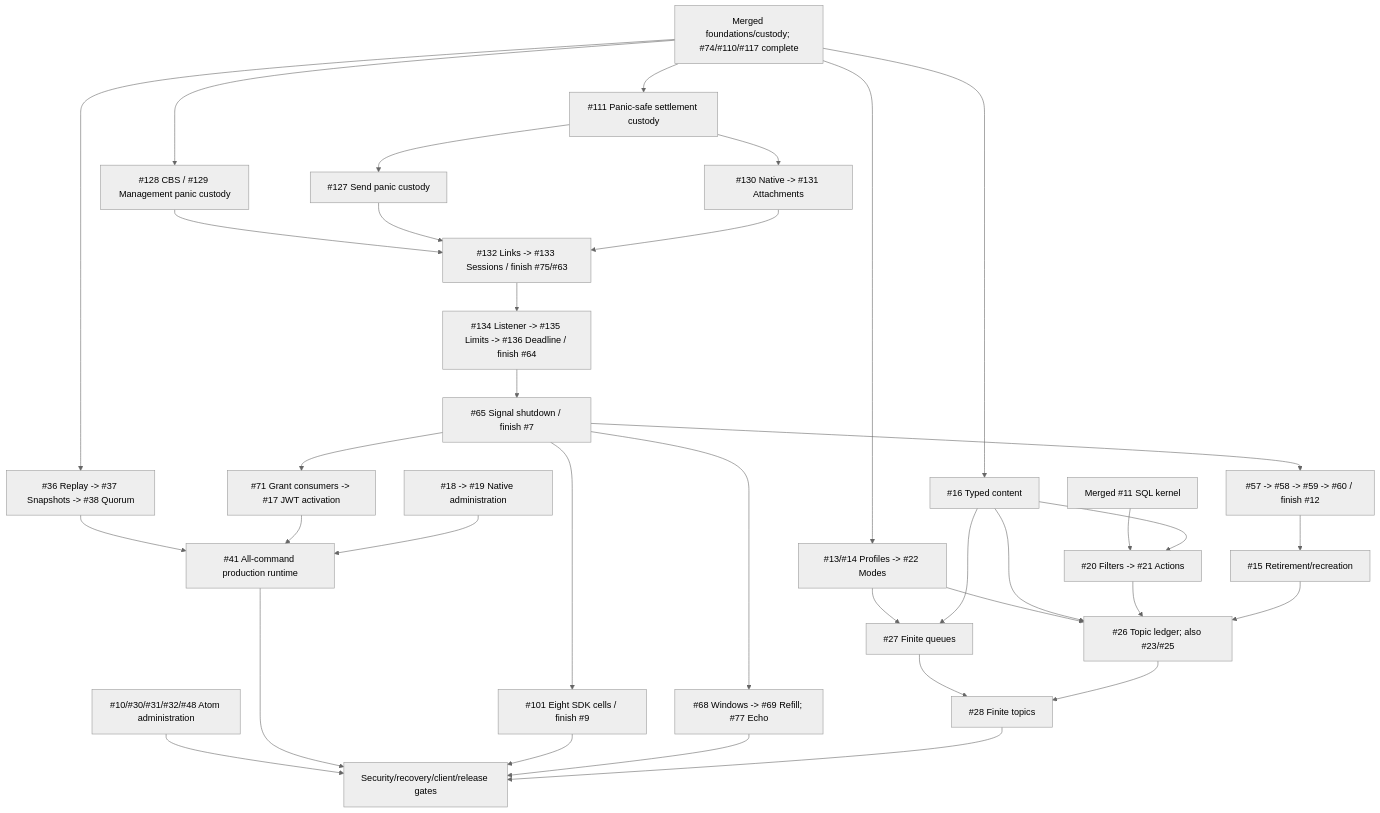
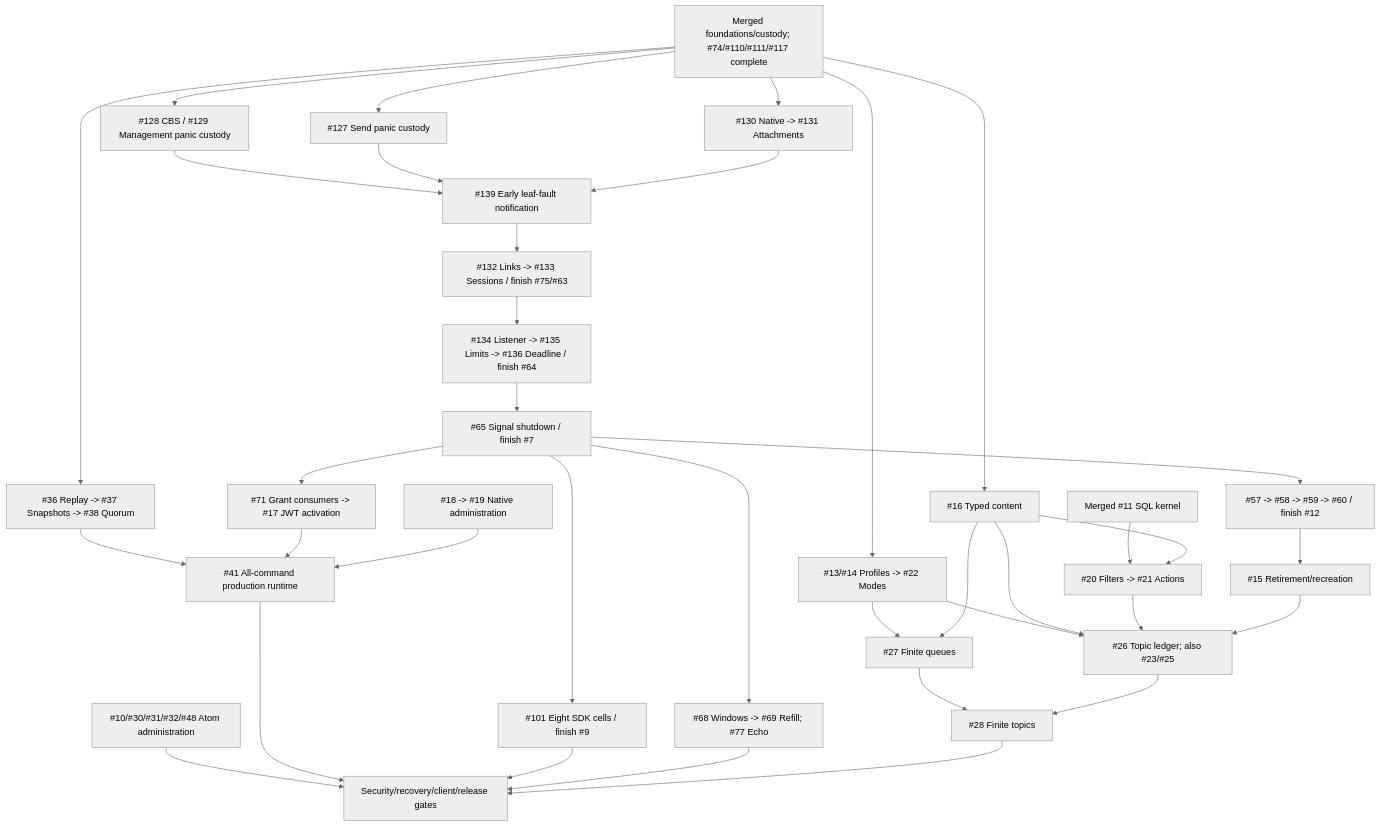
One commit to DeandreT/switchyard changed the diagram in docs/roadmap.md. Above: the diagram before and after it, drawn with Mermaid (neutral theme). The commit also changed other lines of this file and 11 other files, not shown here.

````diff
--- a/docs/roadmap.md
+++ b/docs/roadmap.md
@@ -73,38 +75,38 @@
 ```mermaid
 flowchart TD
-    Main["Merged foundations/custody; #74/#110/#117 complete"] --> Panic["#111 Panic-safe settlement custody"]
+    Main["Merged foundations/custody; #74/#110/#111/#117 complete"] --> Send["#127 Send panic custody"]
     Main --> Leaves["#128 CBS / #129 Management panic custody"]
-    Panic --> Send["#127 Send panic custody"]
-    Panic --> Native["#130 Native -> #131 Attachments"]
-    Leaves --> Trees["#132 Links -> #133 Sessions / finish #75/#63"]
-    Send --> Trees
-    Native --> Trees
+    Main --> Native["#130 Native -> #131 Attachments"]
+    Leaves --> Fault["#139 Early leaf-fault notification"]
+    Send --> Fault
+    Native --> Fault
+    Fault --> Trees["#132 Links -> #133 Sessions / finish #75/#63"]
     Trees --> Admission["#134 Listener -> #135 Limits -> #136 Deadline / finish #64"]
     Admission --> Signals["#65 Signal shutdown / finish #7"]
     Signals --> Authority["#57 -> #58 -> #59 -> #60 / finish #12"]
     Authority --> Delete["#15 Retirement/recreation"]
     Signals --> Grants["#71 Grant consumers -> #17 JWT activation"]
     Signals --> Matrix["#101 Eight SDK cells / finish #9"]
     Signals --> Windows["#68 Windows -> #69 Refill; #77 Echo"]
     Main --> Profiles["#13/#14 Profiles -> #22 Modes"]
     Main --> Content["#16 Typed content"]
     Kernel["Merged #11 SQL kernel"] --> Rules["#20 Filters -> #21 Actions"]
     Content --> Rules
     Profiles --> Queue["#27 Finite queues"]
     Content --> Queue
     Profiles --> Ledger["#26 Topic ledger; also #23/#25"]
     Content --> Ledger
     Rules --> Ledger
     Delete --> Ledger
     Queue --> Topic["#28 Finite topics"]
     Ledger --> Topic
     Main --> Log["#36 Replay -> #37 Snapshots -> #38 Quorum"]
     Log --> Runtime["#41 All-command production runtime"]
     Grants --> Runtime
     Admin["#18 -> #19 Native administration"] --> Runtime
     Atom["#10/#30/#31/#32/#48 Atom administration"] --> Gates
     Runtime --> Gates["Security/recovery/client/release gates"]
     Matrix --> Gates
     Windows --> Gates
     Topic --> Gates
 ```
````
